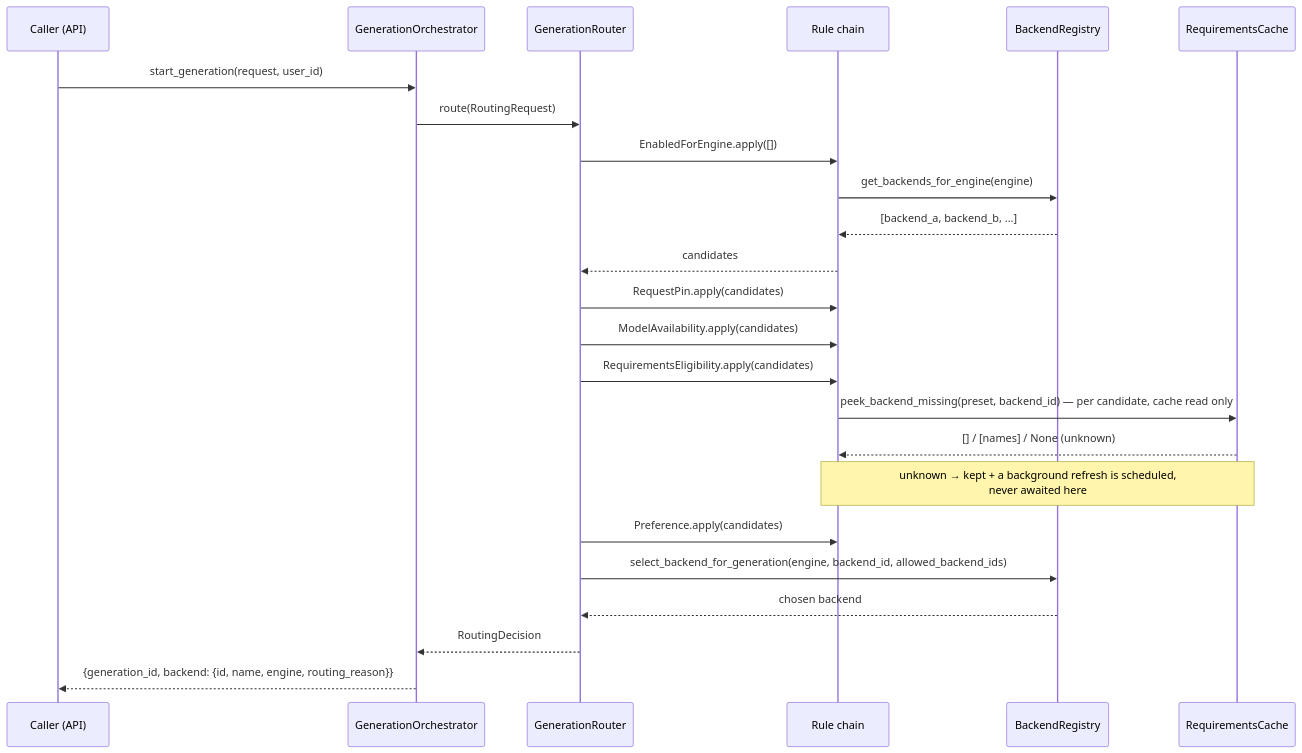
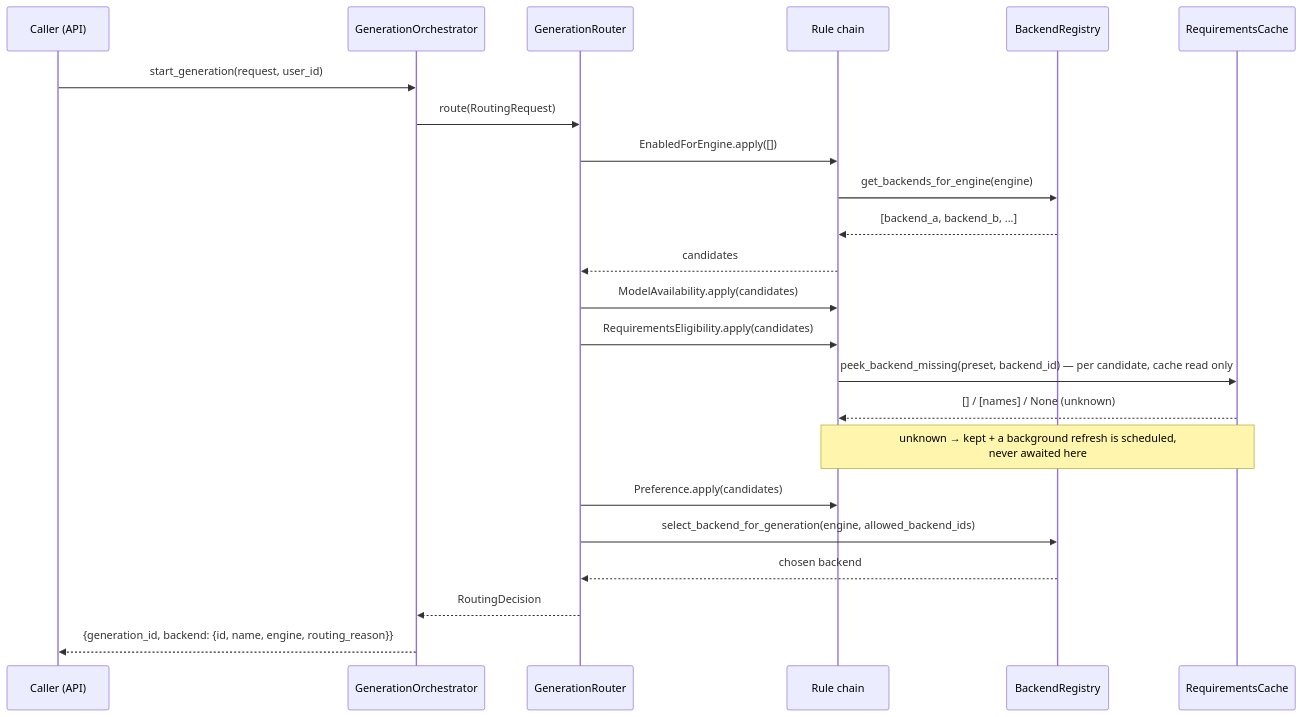
Before and after one commit to PotionUI/PotionUI: the second of 2 diagrams in docs/generation-routing.md, drawn with Mermaid. The commit also changed other lines of this file and 48 other files, not shown here.

Commit message:
Generation requests never name a backend: the Generate-page backend picker, the request-level backend_id pin, the RequestPin routing rule and the history re-run pin are removed; the backend is always the router's decision

````diff
--- a/docs/generation-routing.md
+++ b/docs/generation-routing.md
@@ -58,27 +57,26 @@
 ```mermaid
 sequenceDiagram
     participant C as Caller (API)
     participant O as GenerationOrchestrator
     participant R as GenerationRouter
     participant Rules as Rule chain
     participant BR as BackendRegistry
     participant RC as RequirementsCache
 
     C->>O: start_generation(request, user_id)
     O->>R: route(RoutingRequest)
     R->>Rules: EnabledForEngine.apply([])
     Rules->>BR: get_backends_for_engine(engine)
     BR-->>Rules: [backend_a, backend_b, ...]
     Rules-->>R: candidates
-    R->>Rules: RequestPin.apply(candidates)
     R->>Rules: ModelAvailability.apply(candidates)
     R->>Rules: RequirementsEligibility.apply(candidates)
     Rules->>RC: peek_backend_missing(preset, backend_id) — per candidate, cache read only
     RC-->>Rules: [] / [names] / None (unknown)
     Note over Rules,RC: unknown → kept + a background refresh is scheduled,<br/>never awaited here
     R->>Rules: Preference.apply(candidates)
-    R->>BR: select_backend_for_generation(engine, backend_id, allowed_backend_ids)
+    R->>BR: select_backend_for_generation(engine, allowed_backend_ids)
     BR-->>R: chosen backend
     R-->>O: RoutingDecision
     O-->>C: {generation_id, backend: {id, name, engine, routing_reason}}
 ```
````
